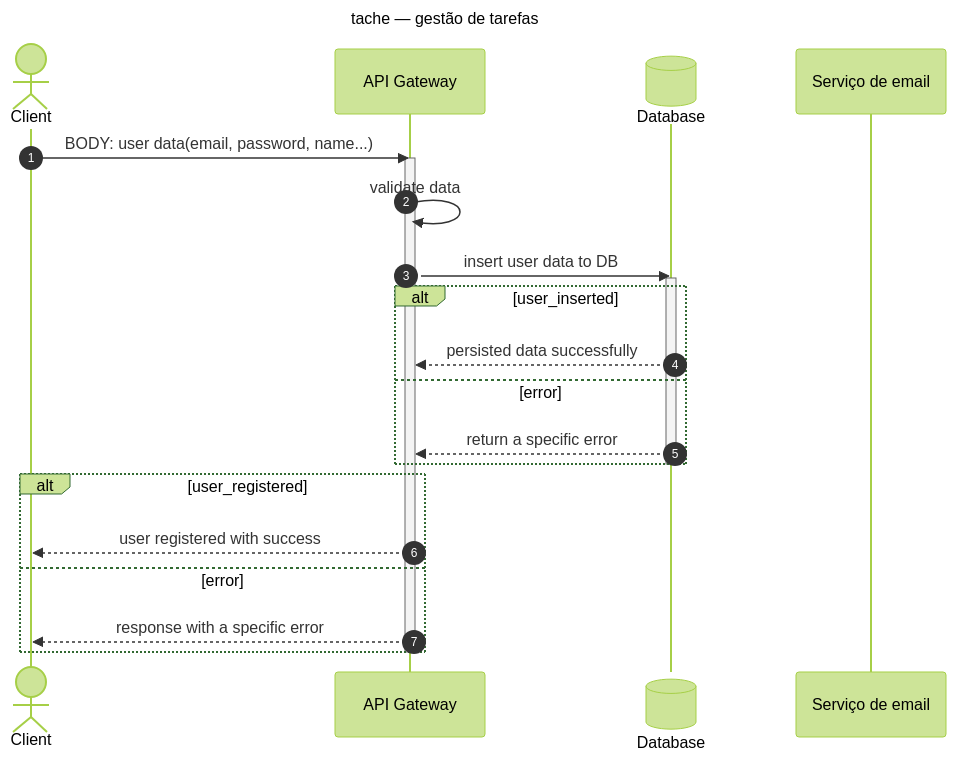
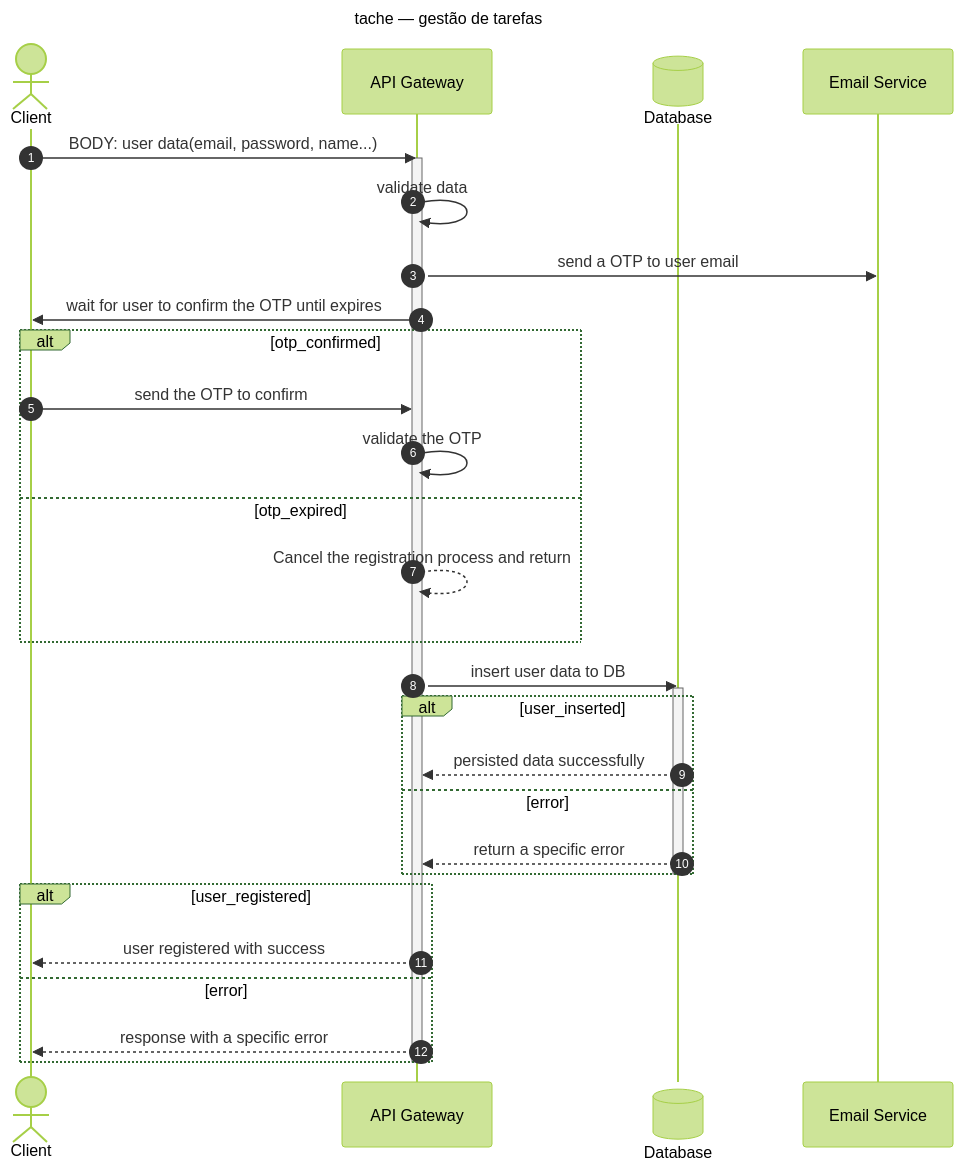
Before and after one commit to fevunge/tache-api: the diagram in docs/sequences/signup.md, drawn with Mermaid (forest theme).

Commit message:
docs(signup): add OTP verification flow to signup sequence diagram

````diff
--- a/docs/sequences/signup.md
+++ b/docs/sequences/signup.md
@@ -1,27 +1,35 @@
 ```mermaid
 sequenceDiagram
     title: tache — gestão de tarefas
     autonumber
     actor Client
     participant API as API Gateway
     participant DB@{ "type" : "database" } as Database
-    participant Email as Serviço de email
+    participant EMAIL as Email Service
 
     Client ->> API: BODY: user data(email, password, name...)
     activate API
     API ->> API: validate data
+    API ->> EMAIL: send a OTP to user email
+    API ->> Client: wait for user to confirm the OTP until expires
+    alt otp_confirmed
+        Client ->> API: send the OTP to confirm
+        API ->> API: validate the OTP
+    else otp_expired
+        API -->> API: Cancel the registration process and return
+    end
     API ->> DB:  insert user data to DB
     activate DB
     alt user_inserted
         DB -->> API: persisted data successfully
     else error
         DB -->> API: return a specific error
     end
     deactivate DB
     alt user_registered
         API -->> Client: user registered with success
     else error
         API -->> Client: response with a specific error
     end
     deactivate API
 ```
````
